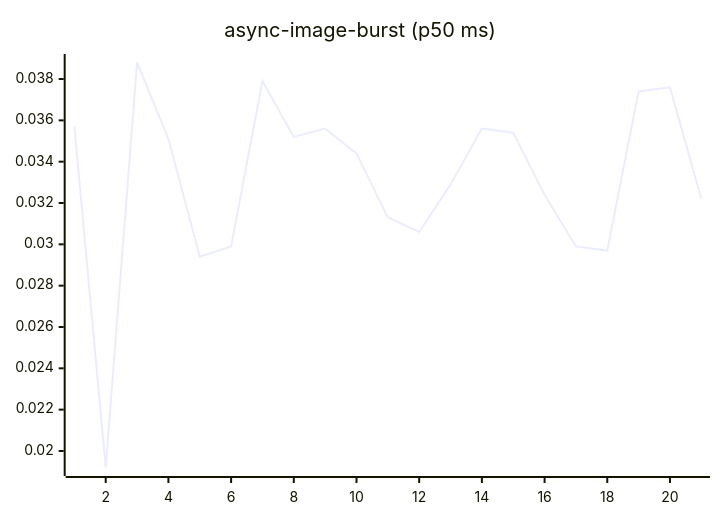
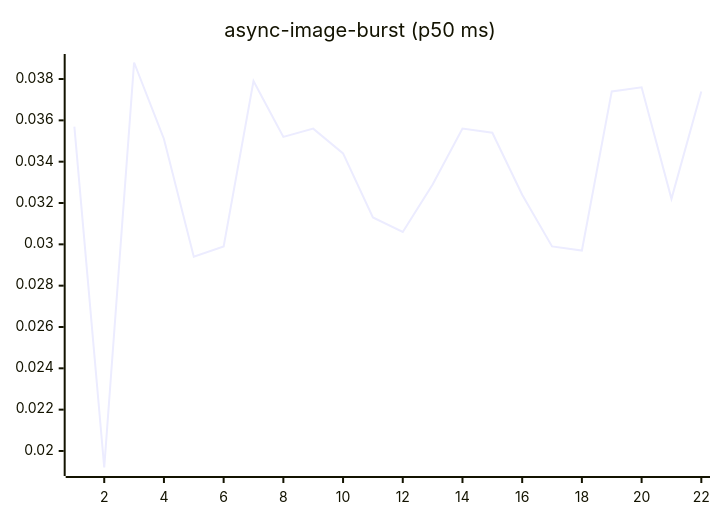
One commit to josha/Facet changed the fourth of 27 diagrams in README.md. Above: the diagram before and after it, drawn with Mermaid. The commit also changed other lines of this file and 2 other files, not shown here.

````diff
--- a/README.md
+++ b/README.md
@@ -84,6 +84,6 @@
 ```mermaid
 xychart-beta
     title "async-image-burst (p50 ms)"
-    x-axis 1 --> 21
-    line [0.0357, 0.0192, 0.0388, 0.0351, 0.0294, 0.0299, 0.0379, 0.0352, 0.0356, 0.0344, 0.0313, 0.0306, 0.0329, 0.0356, 0.0354, 0.0324, 0.0299, 0.0297, 0.0374, 0.0376, 0.0322]
+    x-axis 1 --> 22
+    line [0.0357, 0.0192, 0.0388, 0.0351, 0.0294, 0.0299, 0.0379, 0.0352, 0.0356, 0.0344, 0.0313, 0.0306, 0.0329, 0.0356, 0.0354, 0.0324, 0.0299, 0.0297, 0.0374, 0.0376, 0.0322, 0.0374]
 ```
````
